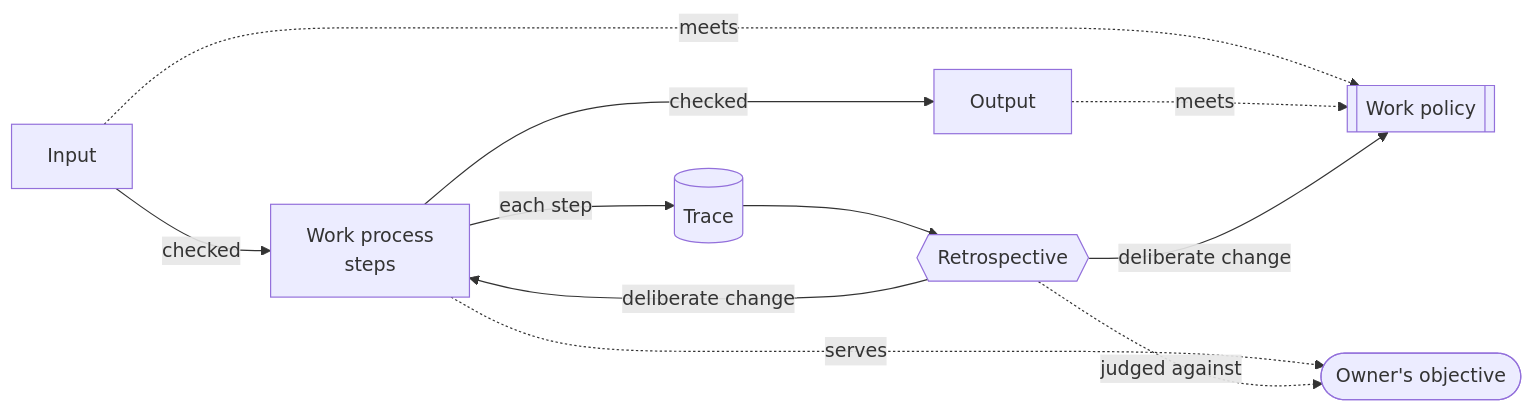
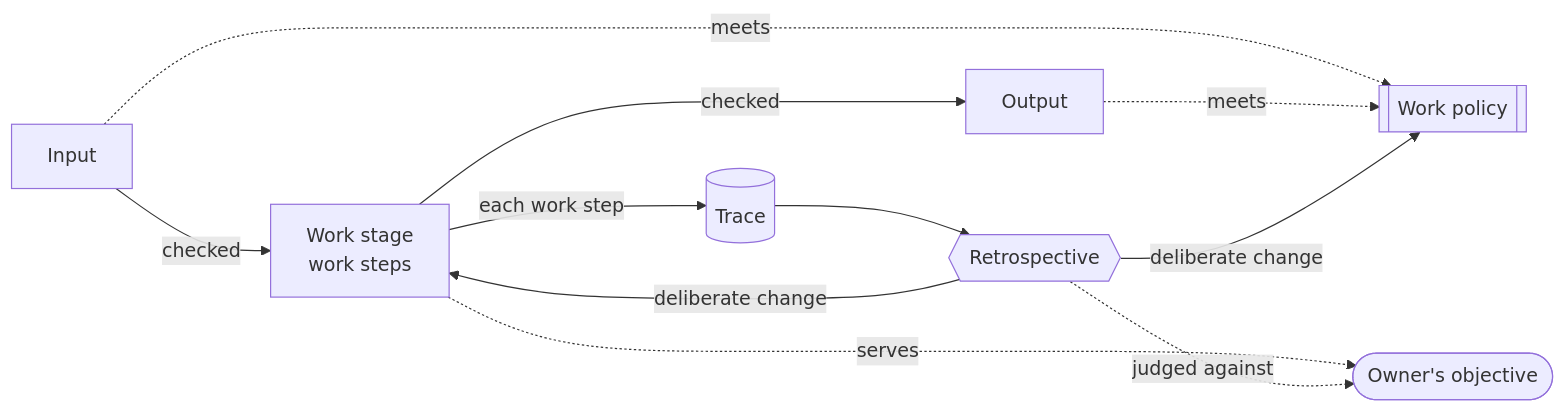
The diagram in concept.md (Delkrak/claude-devops-drillmaster), drawn with Mermaid before and after one commit. The commit also changed other lines of this file, not shown here.

Commit message:
docs(concept): philosophy, chain of command, work gates, work trace, agent reporting, post mortem

````diff
--- a/concept.md
+++ b/concept.md
@@ -86,20 +135,20 @@
 ```mermaid
 flowchart LR
     obj(["Owner's objective"])
     pol[["Work policy"]]
     input["Input"]
-    proc["Work process<br/>steps"]
+    proc["Work stage<br/>work steps"]
     output["Output"]
     cap[("Trace")]
     retro{{"Retrospective"}}
 
     input -->|checked| proc -->|checked| output
     input -. meets .-> pol
     output -. meets .-> pol
-    proc -->|each step| cap
+    proc -->|each work step| cap
     cap --> retro
     retro -->|deliberate change| proc
     retro -->|deliberate change| pol
     proc -. serves .-> obj
     retro -. judged against .-> obj
 ```
````
